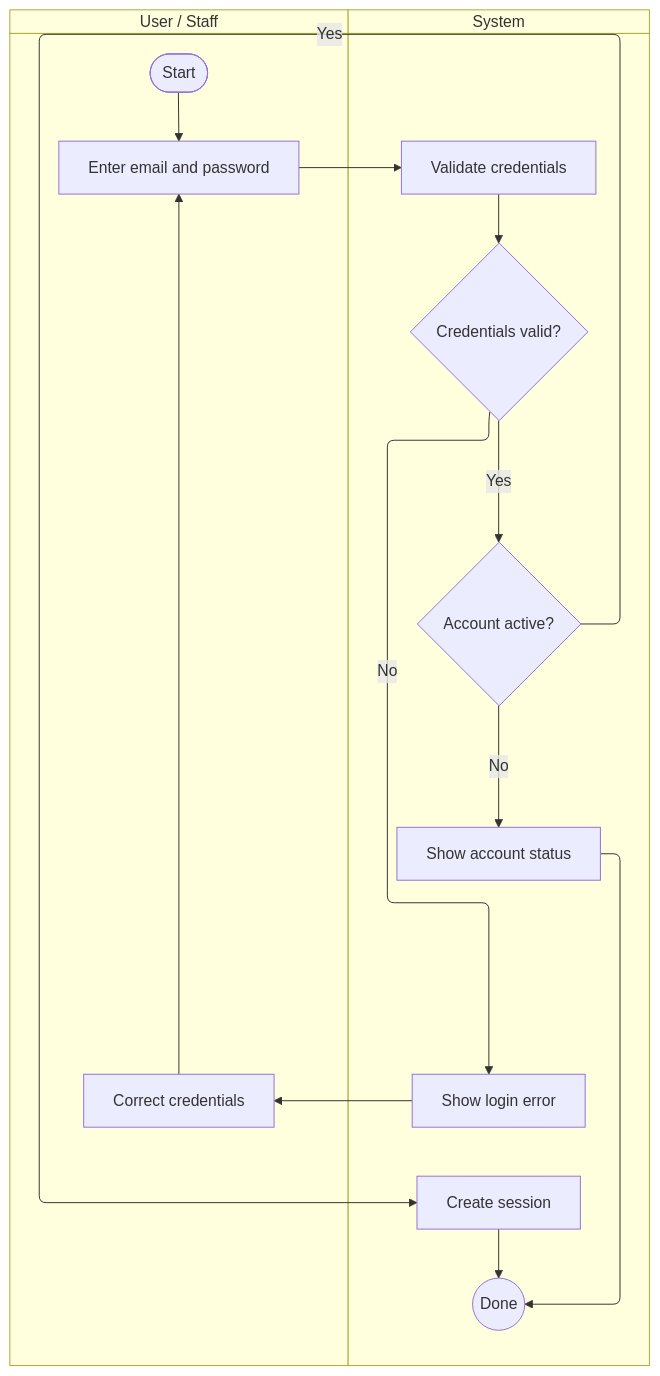
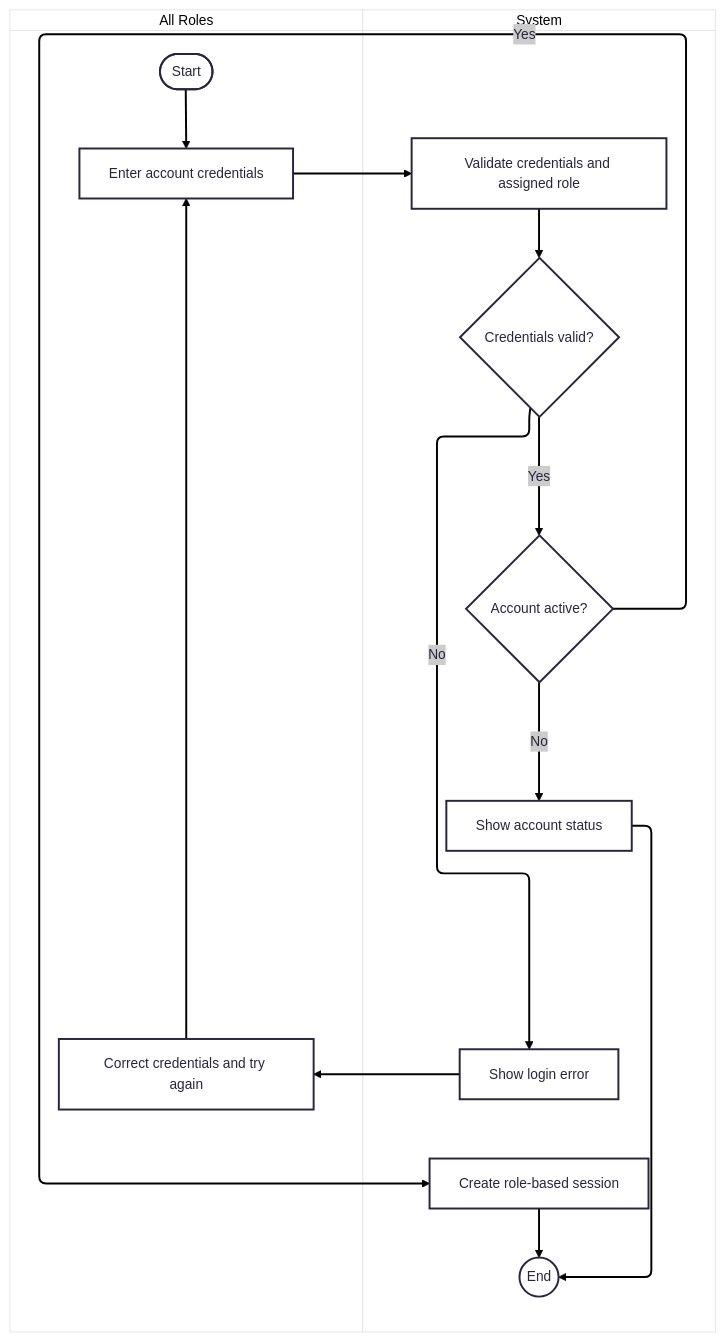
One commit to Service-Ride-Project/dokumen changed the diagram in skpl/Activity Diagram/01-login.mmd. Above: the diagram before and after it, drawn with Mermaid. The commit also changed 37 other files, not shown here.

```diff
--- a/skpl/Activity Diagram/01-login.mmd
+++ b/skpl/Activity Diagram/01-login.mmd
@@ -1,22 +1,23 @@
+%%{init: {"theme": "redux-color"}}%%
 swimlane-beta TB
-  subgraph UserandStaff["User / Staff"]
+  subgraph AllRoles["All Roles"]
     start([Start])
-    credentials[Enter email and password]
-    retry[Correct credentials]
+    credentials[Enter account credentials]
+    retry[Correct credentials and try again]
   end
 
   subgraph System["System"]
-    validate[Validate credentials]
+    validate[Validate credentials and assigned role]
     valid{Credentials valid?}
     active{Account active?}
-    session[Create session]
+    session[Create role-based session]
     error[Show login error]
     blocked[Show account status]
-    done((Done))
+    finish((End))
   end
 
   start --> credentials --> validate --> valid
   valid -->|No| error --> retry --> credentials
   valid -->|Yes| active
-  active -->|No| blocked --> done
-  active -->|Yes| session --> done
+  active -->|No| blocked --> finish
+  active -->|Yes| session --> finish
```
